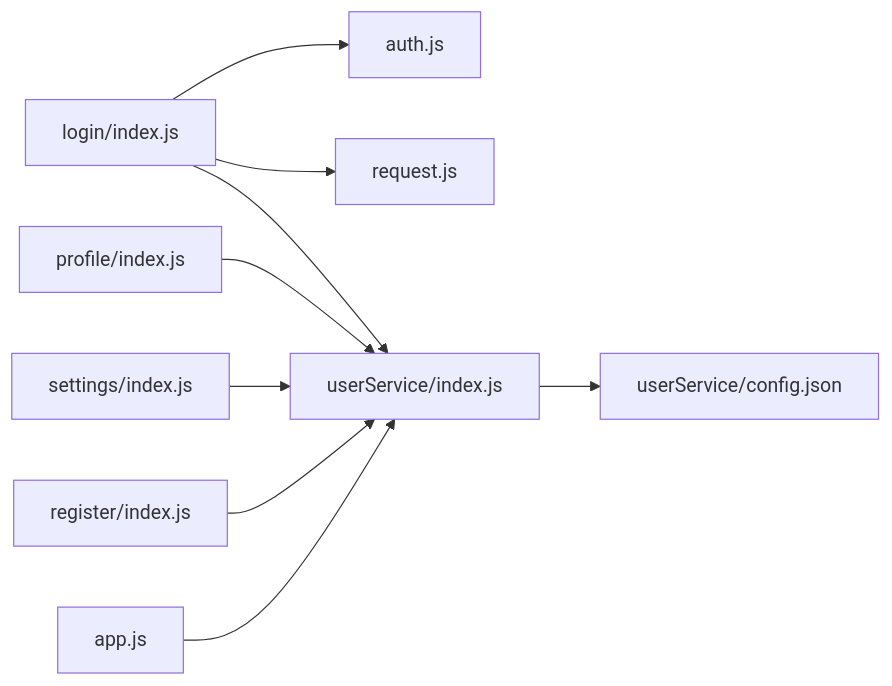
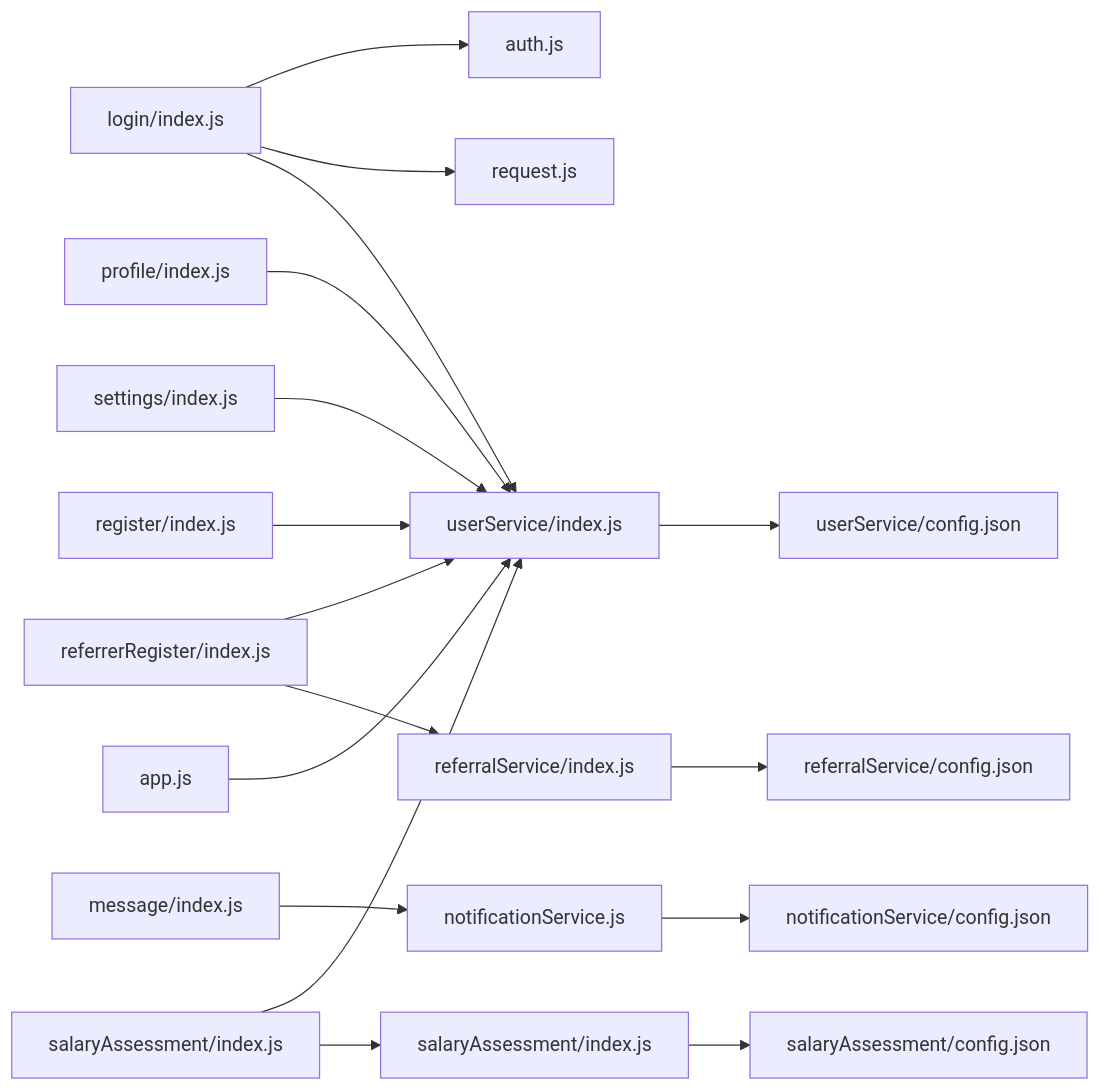
The ninth of 9 diagrams in .qoder/repowiki/zh/content/核心功能/用户系统/用户系统.md (sunxuebo91/-), drawn with Mermaid before and after one commit. The commit also changed other lines of this file and 123 other files, not shown here.

````diff
--- a/.qoder/repowiki/zh/content/核心功能/用户系统/用户系统.md
+++ b/.qoder/repowiki/zh/content/核心功能/用户系统/用户系统.md
@@ -324,11 +544,19 @@
 ```mermaid
 graph LR
 Login["login/index.js"] --> Auth["auth.js"]
 Login --> Req["request.js"]
 Login --> UserService["userService/index.js"]
 Profile["profile/index.js"] --> UserService
 Settings["settings/index.js"] --> UserService
 Register["register/index.js"] --> UserService
+Message["message/index.js"] --> NotificationService["notificationService.js"]
+ReferrerReg["referrerRegister/index.js"] --> UserService
+ReferrerReg --> ReferralService["referralService/index.js"]
+SalaryAssess["salaryAssessment/index.js"] --> UserService
+SalaryAssess --> SalaryAssessment["salaryAssessment/index.js"]
 App["app.js"] --> UserService
-UserService --> Cfg["userService/config.json"]
+UserService --> UserCfg["userService/config.json"]
+ReferralService --> RefCfg["referralService/config.json"]
+SalaryAssessment --> SalCfg["salaryAssessment/config.json"]
+NotificationService --> NotiCfg["notificationService/config.json"]
 ```
````
